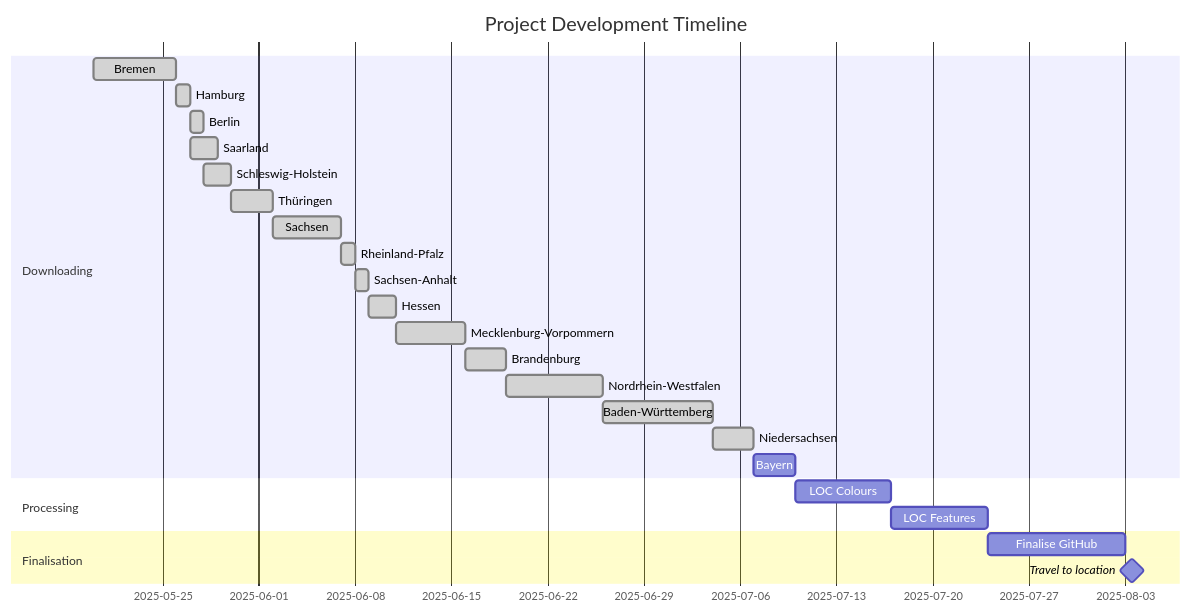
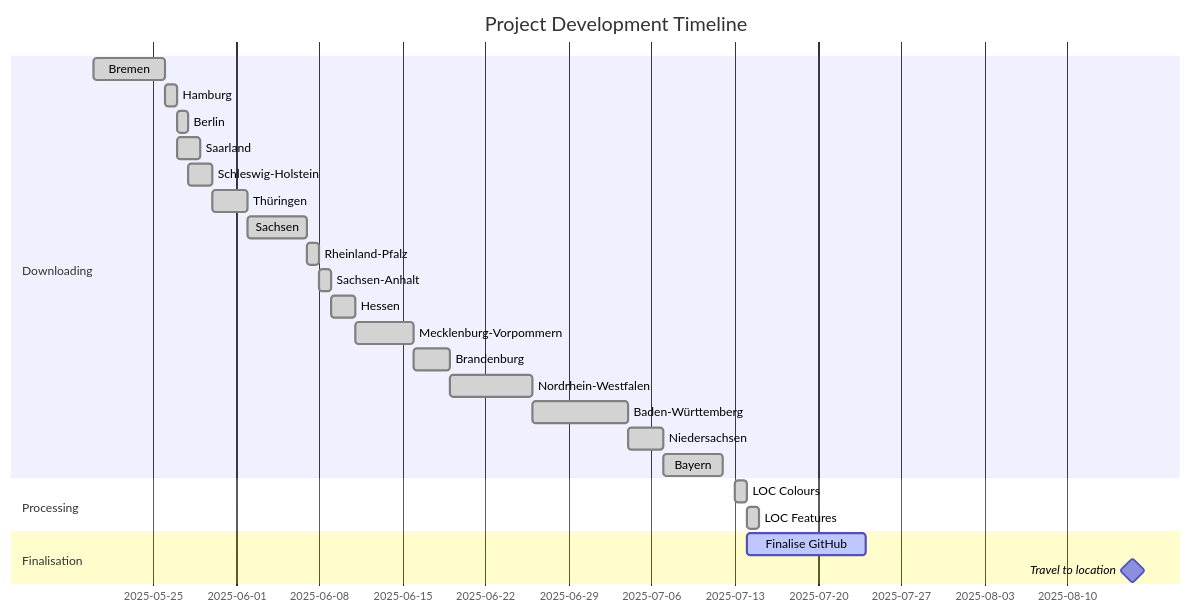
Before and after one commit to marcowaldi/square_germany: the third of 4 diagrams in README.md, drawn with Mermaid. The commit also changed other lines of this file, not shown here.

````diff
--- a/README.md
+++ b/README.md
@@ -113,32 +113,32 @@
 ```mermaid
 gantt 
 	title Project Development Timeline
 	dateFormat YYYY-MM-DD
 	
 	section Downloading 
 	Bremen :done, 2025-05-20, 6d
 	Hamburg :done, 2025-05-26, 1d 
 	Berlin :done, 2025-05-27, 1d 
 	Saarland :done, 2025-05-27, 2d 
 	Schleswig-Holstein :done, 2025-05-28, 2d 
 	Thüringen :done, 2025-05-30, 3d 
 	Sachsen :done, 2025-06-02, 5d 
 	Rheinland-Pfalz :done, 2025-06-07, 1d 
 	Sachsen-Anhalt : done, 2025-06-08, 1d
 	Hessen :done, 2025-06-09, 2d 
 	Mecklenburg-Vorpommern :done, 2025-06-11, 5d 
 	Brandenburg :done, 2025-06-16, 3d 
 	Nordrhein-Westfalen :done, 2025-06-19, 7d 
 	Baden-Württemberg :done, 2025-06-26, 8d 
 	Niedersachsen : done, 2025-07-04, 3d 
-	Bayern : task3, 2025-07-07, 3d 
+	Bayern : done, 2025-07-07, 5d 
 	
 	section Processing 
-	LOC Colours : task4, after task3, 7d 
-	LOC Features : task5, after task4, 7d 
+	LOC Colours : done, 2025-07-13, 1d 
+	LOC Features : done, 2025-07-14, 1d 
 
 	section Finalisation
-	Finalise GitHub: task6, after task5, 10d
-	Travel to location: milestone, after task6, 1d
+	Finalise GitHub: active, 2025-07-14, 10d
+	Travel to location: milestone, 2025-08-15, 1d
 
 ```
````
